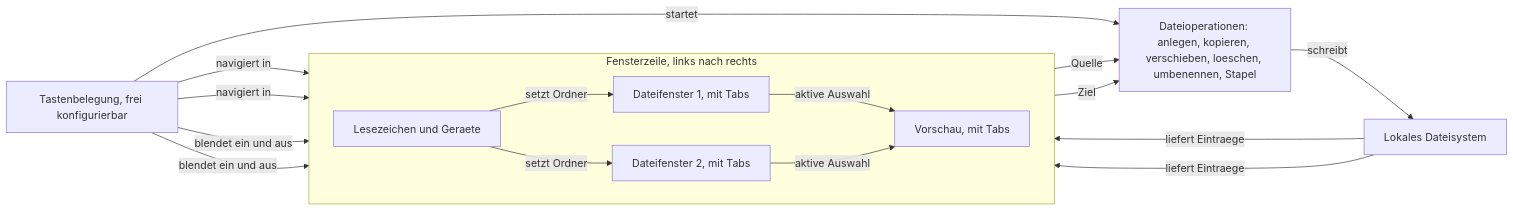
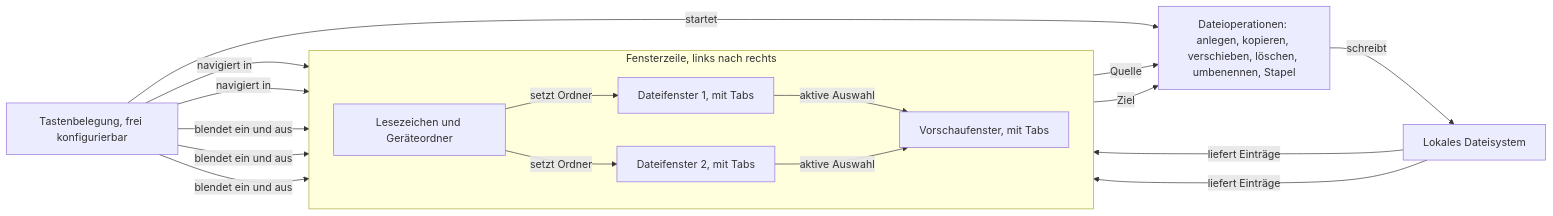
Before and after one commit to tenzoki/krk: the first of 2 diagrams in fusion-workbench/circles/260802-0842-krk-mac-dateimanager-editor-git/planning/260802-1036_o_spec-navigator-geruest.md, drawn with Mermaid. The commit also changed other lines of this file and 14 other files, not shown here.

````diff
--- a/fusion-workbench/circles/260802-0842-krk-mac-dateimanager-editor-git/planning/260802-1036_o_spec-navigator-geruest.md
+++ b/fusion-workbench/circles/260802-0842-krk-mac-dateimanager-editor-git/planning/260802-1036_o_spec-navigator-geruest.md
@@ -20,28 +20,29 @@
 ```mermaid
 flowchart LR
   K["Tastenbelegung, frei konfigurierbar"]
   subgraph fenster["Fensterzeile, links nach rechts"]
     direction LR
-    L["Lesezeichen und Geraete"]
+    L["Lesezeichen und Geräteordner"]
     P1["Dateifenster 1, mit Tabs"]
     P2["Dateifenster 2, mit Tabs"]
-    V["Vorschau, mit Tabs"]
+    V["Vorschaufenster, mit Tabs"]
   end
-  O["Dateioperationen: anlegen, kopieren, verschieben, loeschen, umbenennen, Stapel"]
+  D["Dateioperationen: anlegen, kopieren, verschieben, löschen, umbenennen, Stapel"]
   FS["Lokales Dateisystem"]
 
   K -->|navigiert in| P1
   K -->|navigiert in| P2
-  K -->|startet| O
+  K -->|startet| D
   K -->|blendet ein und aus| L
+  K -->|blendet ein und aus| P2
   K -->|blendet ein und aus| V
   L -->|setzt Ordner| P1
   L -->|setzt Ordner| P2
   P1 -->|aktive Auswahl| V
   P2 -->|aktive Auswahl| V
-  P1 -->|Quelle| O
-  P2 -->|Ziel| O
-  O -->|schreibt| FS
-  FS -->|liefert Eintraege| P1
-  FS -->|liefert Eintraege| P2
+  P1 -->|Quelle| D
+  P2 -->|Ziel| D
+  D -->|schreibt| FS
+  FS -->|liefert Einträge| P1
+  FS -->|liefert Einträge| P2
 ```
````
